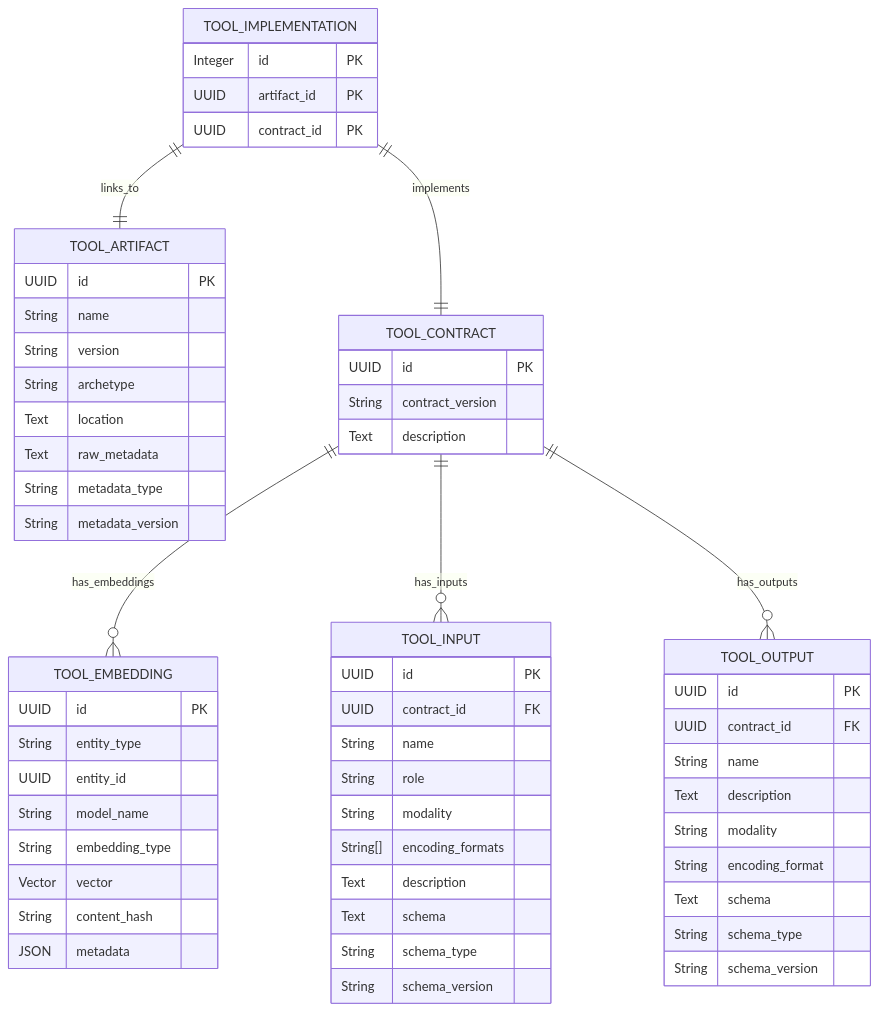
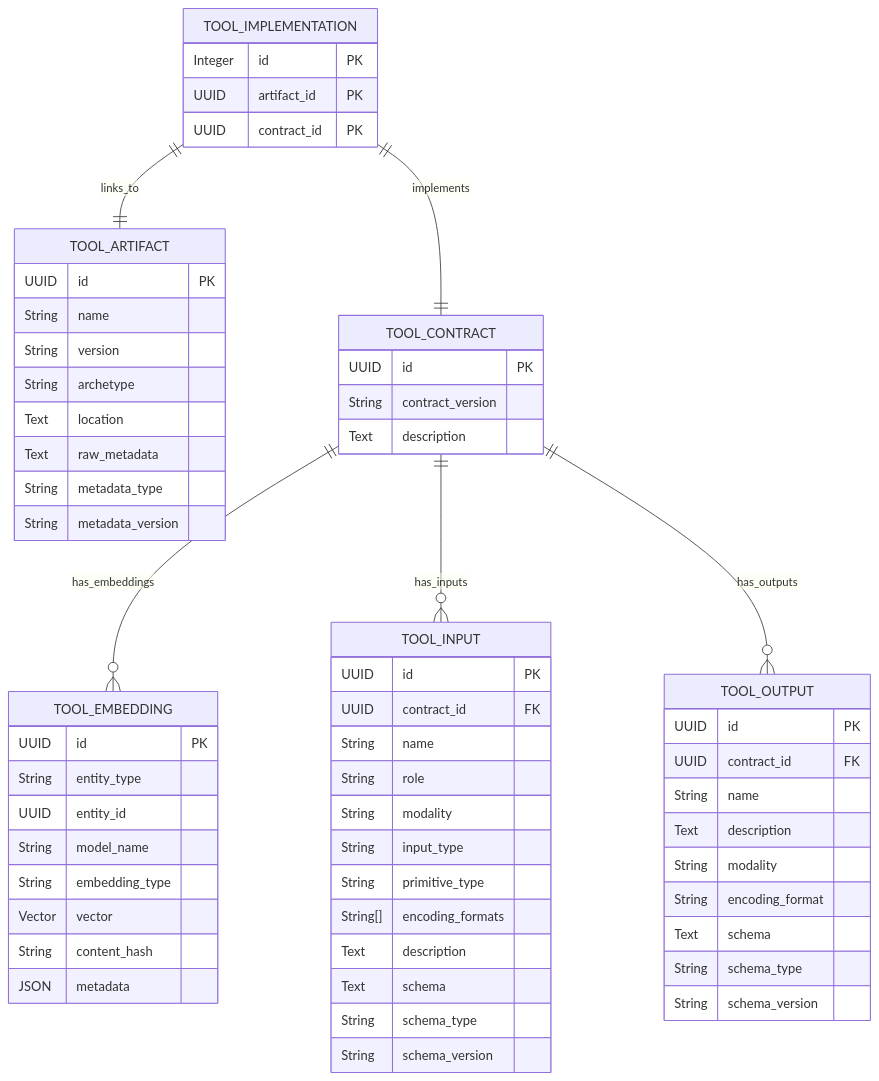
Before and after one commit to EOSC-Data-Commons/toolmeta-models: the diagram in README.md, drawn with Mermaid. The commit also changed 1 other file, not shown here.

Commit message:
Update ER diagram and ToolInput model

````diff
--- a/README.md
+++ b/README.md
@@ -6,72 +6,74 @@
 ```mermaid
 erDiagram
     %% Root table
     TOOL_IMPLEMENTATION {
         Integer id PK
         UUID artifact_id PK
         UUID contract_id PK
     }
     
     %% Artefact table
    TOOL_ARTIFACT {
         UUID id PK
         String name
         String version
         String archetype
         Text location
         Text raw_metadata
         String metadata_type
         String metadata_version
     }
     
     %% Tool contract table
     TOOL_CONTRACT {
         UUID id PK
         String contract_version
         Text description
     }
 
     TOOL_EMBEDDING {
         UUID id PK
         String entity_type
         UUID entity_id 
         String model_name
         String embedding_type
         Vector vector
         String content_hash
         JSON metadata
     }
     
     %% Inputs and outputs
     TOOL_INPUT {
         UUID id PK
         UUID contract_id FK
         String name
         String role
         String modality
+        String input_type
+        String primitive_type
         String[] encoding_formats
         Text description
         Text schema
         String schema_type
         String schema_version
     }
     
     TOOL_OUTPUT {
         UUID id PK
         UUID contract_id FK
         String name
         Text description
         String modality
         String encoding_format
         Text schema
         String schema_type
         String schema_version
     }
     
     %% Relationships
     TOOL_IMPLEMENTATION ||--|| TOOL_ARTIFACT : links_to
     TOOL_IMPLEMENTATION ||--|| TOOL_CONTRACT : implements
     TOOL_CONTRACT ||--o{ TOOL_EMBEDDING : has_embeddings
     TOOL_CONTRACT ||--o{ TOOL_INPUT : has_inputs
     TOOL_CONTRACT ||--o{ TOOL_OUTPUT : has_outputs
 ```
````
